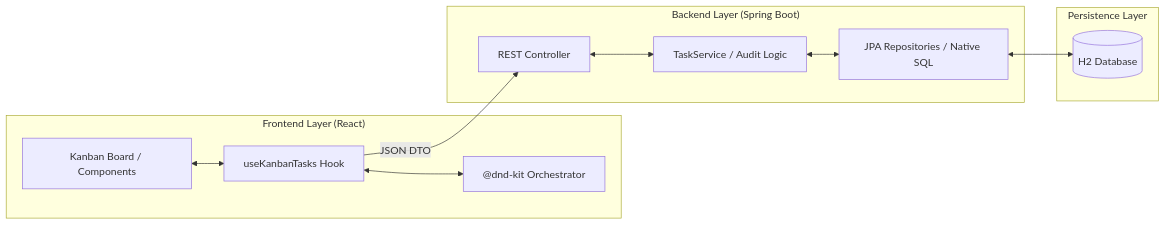
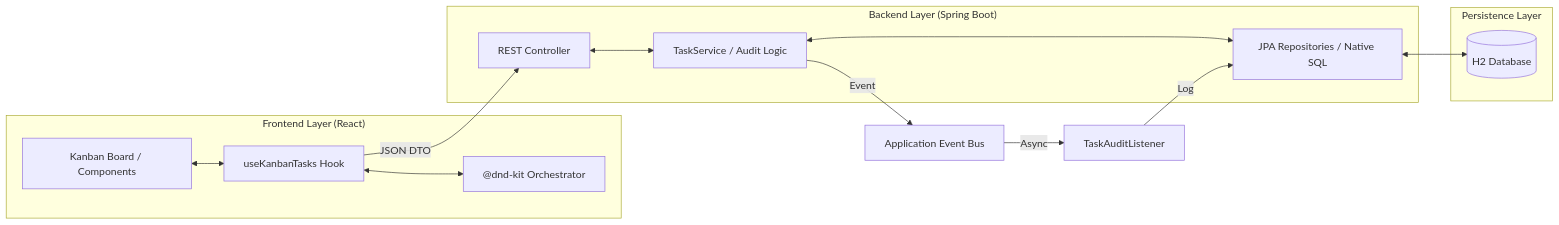
One commit to WilqueMessias/To-Do-GP changed the first of 3 diagrams in TECHNICAL_DOCUMENTATION.md. Above: the diagram before and after it, drawn with Mermaid. The commit also changed other lines of this file and 10 other files, not shown here.

````diff
--- a/TECHNICAL_DOCUMENTATION.md
+++ b/TECHNICAL_DOCUMENTATION.md
@@ -9,25 +9,28 @@
 ```mermaid
 graph LR
     subgraph "Frontend Layer (React)"
         Store["useKanbanTasks Hook"]
         UI["Kanban Board / Components"]
         DND["@dnd-kit Orchestrator"]
     end
 
     subgraph "Backend Layer (Spring Boot)"
         Controller["REST Controller"]
         Service["TaskService / Audit Logic"]
         Repo["JPA Repositories / Native SQL"]
     end
 
     subgraph "Persistence Layer"
         DB[("H2 Database")]
     end
 
     UI <--> Store
     Store <--> DND
     Store -- "JSON DTO" --> Controller
     Controller <--> Service
     Service <--> Repo
+    Service -- "Event" --> EventBus["Application Event Bus"]
+    EventBus -- "Async" --> Audit["TaskAuditListener"]
+    Audit -- "Log" --> Repo
     Repo <--> DB
 ```
````
